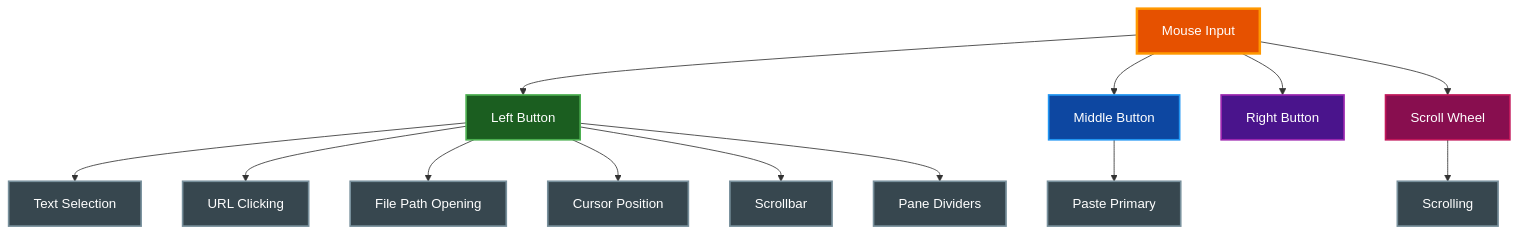
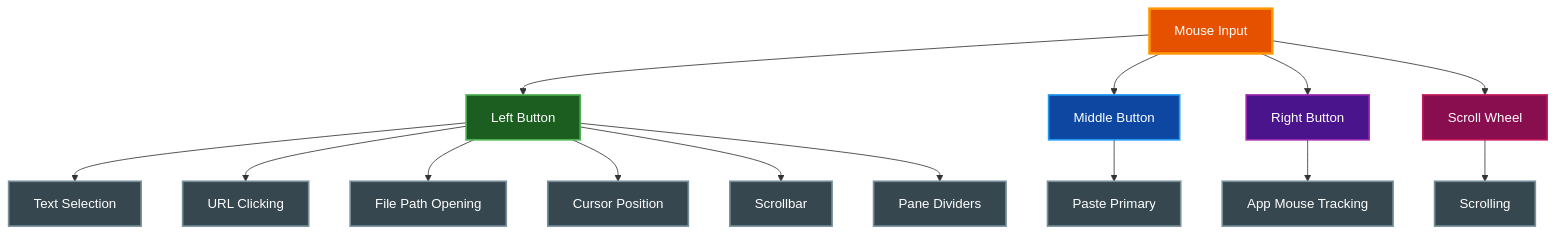
Before and after one commit to paulrobello/par-term: the diagram in docs/MOUSE_FEATURES.md, drawn with Mermaid. The commit also changed other lines of this file and 38 other files, not shown here.

````diff
--- a/docs/MOUSE_FEATURES.md
+++ b/docs/MOUSE_FEATURES.md
@@ -22,37 +22,39 @@
 ```mermaid
 graph TD
     Mouse[Mouse Input]
     Left[Left Button]
     Middle[Middle Button]
     Right[Right Button]
     Wheel[Scroll Wheel]
 
     Mouse --> Left
     Mouse --> Middle
     Mouse --> Right
     Mouse --> Wheel
 
     Left --> Selection[Text Selection]
     Left --> URLs[URL Clicking]
     Left --> Files[File Path Opening]
     Left --> Cursor[Cursor Position]
     Left --> Scrollbar[Scrollbar]
     Left --> Divider[Pane Dividers]
 
     Middle --> Paste[Paste Primary]
+    Right --> AppMouse[App Mouse Tracking]
     Wheel --> Scroll[Scrolling]
 
     style Mouse fill:#e65100,stroke:#ff9800,stroke-width:3px,color:#ffffff
     style Left fill:#1b5e20,stroke:#4caf50,stroke-width:2px,color:#ffffff
     style Middle fill:#0d47a1,stroke:#2196f3,stroke-width:2px,color:#ffffff
     style Right fill:#4a148c,stroke:#9c27b0,stroke-width:2px,color:#ffffff
     style Wheel fill:#880e4f,stroke:#c2185b,stroke-width:2px,color:#ffffff
     style Selection fill:#37474f,stroke:#78909c,stroke-width:2px,color:#ffffff
     style URLs fill:#37474f,stroke:#78909c,stroke-width:2px,color:#ffffff
     style Files fill:#37474f,stroke:#78909c,stroke-width:2px,color:#ffffff
     style Cursor fill:#37474f,stroke:#78909c,stroke-width:2px,color:#ffffff
     style Scrollbar fill:#37474f,stroke:#78909c,stroke-width:2px,color:#ffffff
     style Divider fill:#37474f,stroke:#78909c,stroke-width:2px,color:#ffffff
     style Paste fill:#37474f,stroke:#78909c,stroke-width:2px,color:#ffffff
+    style AppMouse fill:#37474f,stroke:#78909c,stroke-width:2px,color:#ffffff
     style Scroll fill:#37474f,stroke:#78909c,stroke-width:2px,color:#ffffff
 ```
````
